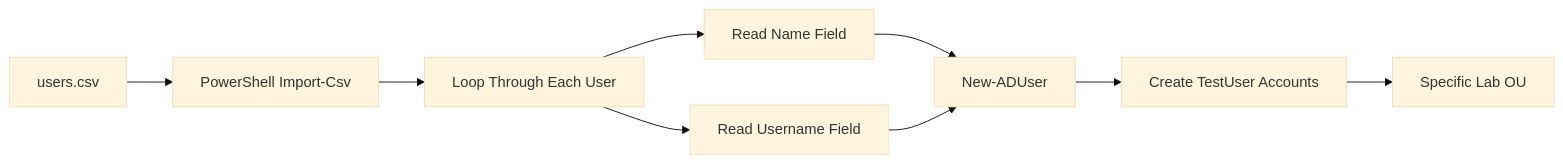
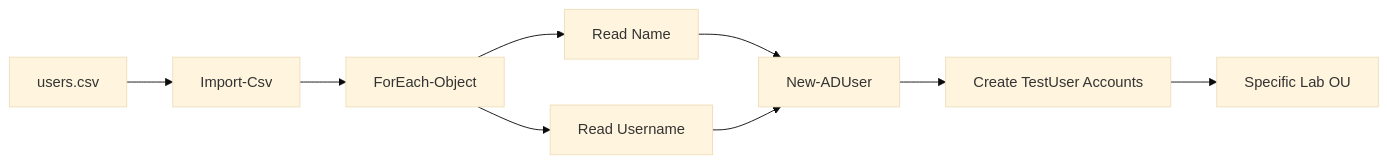
The third of 10 diagrams in Automation/Diagrams.md (waltercalderonwork255-hue/SysAdmin-HomeLab), drawn with Mermaid (base theme) before and after one commit. The commit also changed other lines of this file, not shown here.

````diff
--- a/Automation/Diagrams.md
+++ b/Automation/Diagrams.md
@@ -81,11 +72,11 @@
 ```mermaid
 flowchart LR
-    A[users.csv] --> B[PowerShell Import-Csv]
-    B --> C[Loop Through Each User]
-    C --> D[Read Name Field]
-    C --> E[Read Username Field]
-    D --> F[New-ADUser]
+    A["users.csv"] --> B["Import-Csv"]
+    B --> C["ForEach-Object"]
+    C --> D["Read Name"]
+    C --> E["Read Username"]
+    D --> F["New-ADUser"]
     E --> F
-    F --> G[Create TestUser Accounts]
-    G --> H[Specific Lab OU]
+    F --> G["Create TestUser Accounts"]
+    G --> H["Specific Lab OU"]
 ```
````
